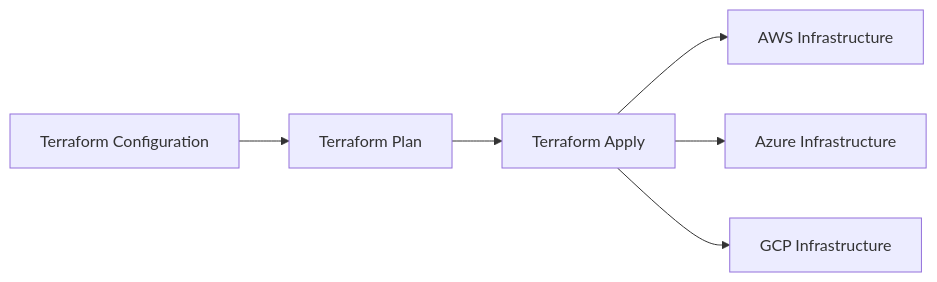
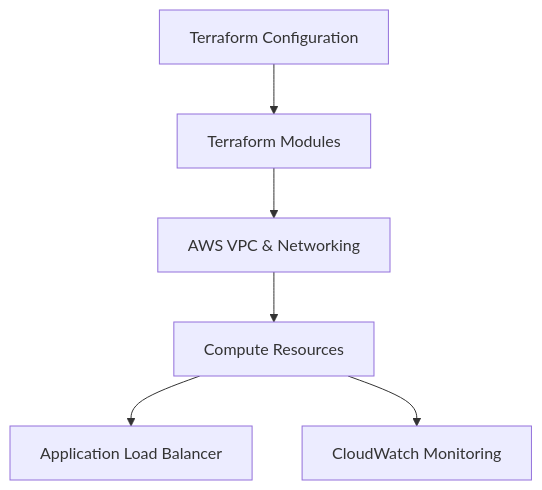
Before and after one commit to manesaurabh1704-devops/manesaurabh1704-devops: the eighth of 8 diagrams in README.md, drawn with Mermaid. The commit also changed other lines of this file, not shown here.

````diff
--- a/README.md
+++ b/README.md
@@ -411,8 +465,8 @@
 ```mermaid
-flowchart LR
-    A["Terraform Configuration"] --> B["Terraform Plan"]
-    B --> C["Terraform Apply"]
-    C --> D["AWS Infrastructure"]
-    C --> E["Azure Infrastructure"]
-    C --> F["GCP Infrastructure"]
+flowchart TD
+    A["Terraform Configuration"] --> B["Terraform Modules"]
+    B --> C["AWS VPC & Networking"]
+    C --> D["Compute Resources"]
+    D --> E["Application Load Balancer"]
+    D --> F["CloudWatch Monitoring"]
 ```
````
